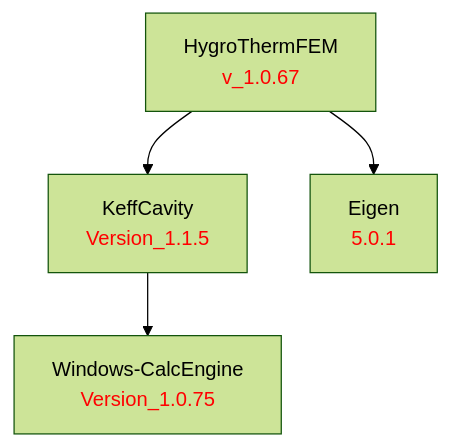
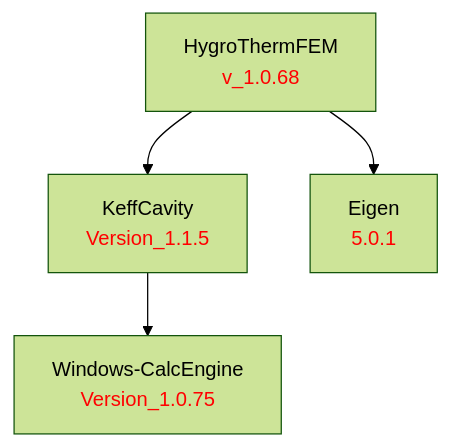
One commit to LBNL-ETA/HygroThermFEM changed the diagram in doc/HygroThermFEM.md. Above: the diagram before and after it, drawn with Mermaid (forest theme). The commit also changed 1 other file, not shown here.

Commit message:
Bump version to v_1.0.68

````diff
--- a/doc/HygroThermFEM.md
+++ b/doc/HygroThermFEM.md
@@ -1,13 +1,13 @@
 ```mermaid
 graph TD
     %% Package definitions
-    HygroThermFEM[HygroThermFEM<br/><font color='red'>v_1.0.67</font>]
+    HygroThermFEM[HygroThermFEM<br/><font color='red'>v_1.0.68</font>]
     KeffCavity[KeffCavity<br/><font color='red'>Version_1.1.5</font>]
     Eigen[Eigen<br/><font color='red'>5.0.1</font>]
     WindowsCalcEngine[Windows-CalcEngine<br/><font color='red'>Version_1.0.75</font>]
 
     %% Package relations
     HygroThermFEM --> KeffCavity
     HygroThermFEM --> Eigen
     KeffCavity --> WindowsCalcEngine
 ```
````
